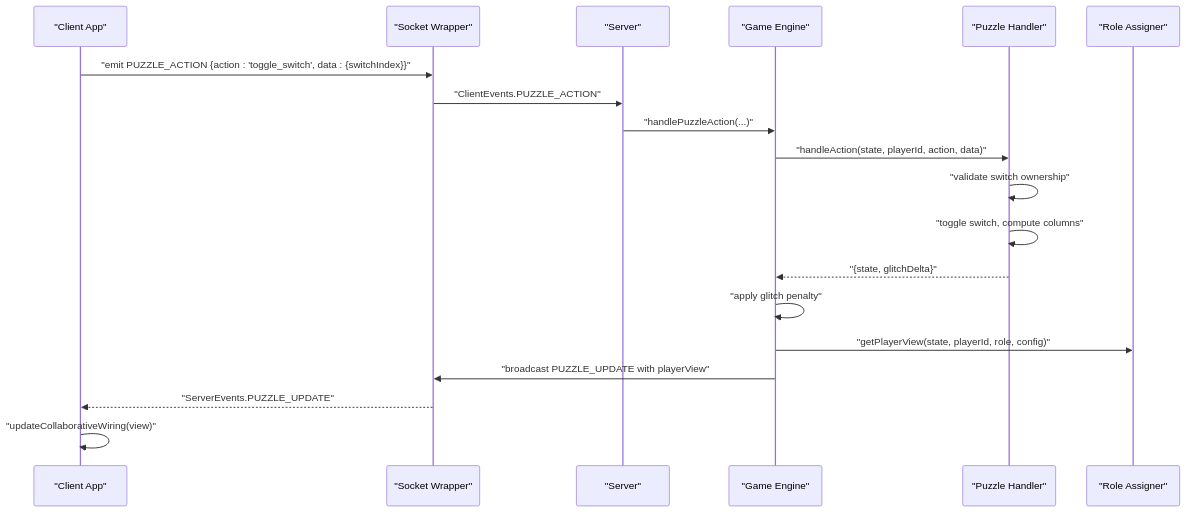
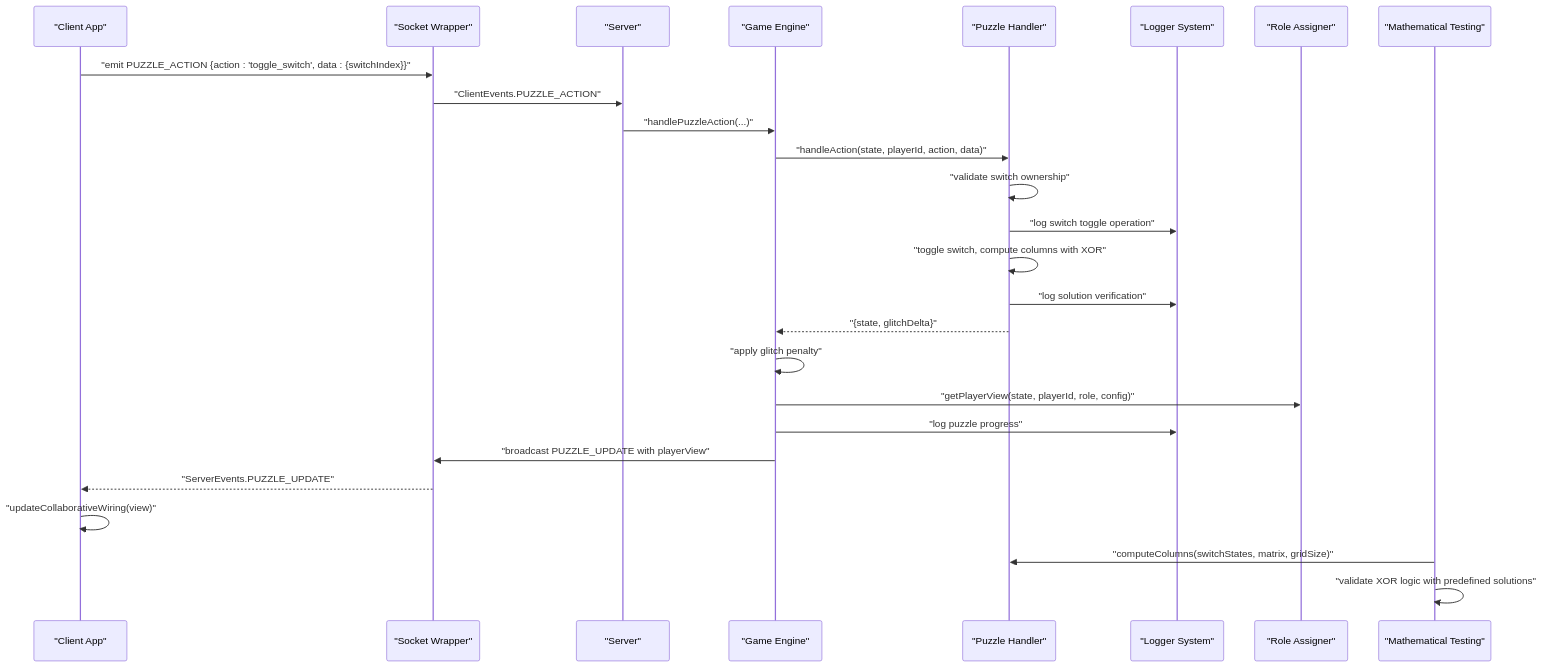
One commit to dkoukoul/escape-room-mvp changed the second of 9 diagrams in .qoder/repowiki/en/content/Puzzle System/Collaborative Wiring Puzzle.md. Above: the diagram before and after it, drawn with Mermaid. The commit also changed other lines of this file and 21 other files, not shown here.

````diff
--- a/.qoder/repowiki/en/content/Puzzle System/Collaborative Wiring Puzzle.md
+++ b/.qoder/repowiki/en/content/Puzzle System/Collaborative Wiring Puzzle.md
@@ -129,21 +169,28 @@
 ```mermaid
 sequenceDiagram
 participant Client as "Client App"
 participant Socket as "Socket Wrapper"
 participant Server as "Server"
 participant Engine as "Game Engine"
 participant Handler as "Puzzle Handler"
+participant Logger as "Logger System"
 participant Roles as "Role Assigner"
+participant Test as "Mathematical Testing"
 Client->>Socket : "emit PUZZLE_ACTION {action : 'toggle_switch', data : {switchIndex}}"
 Socket->>Server : "ClientEvents.PUZZLE_ACTION"
 Server->>Engine : "handlePuzzleAction(...)"
 Engine->>Handler : "handleAction(state, playerId, action, data)"
 Handler->>Handler : "validate switch ownership"
-Handler->>Handler : "toggle switch, compute columns"
+Handler->>Logger : "log switch toggle operation"
+Handler->>Handler : "toggle switch, compute columns with XOR"
+Handler->>Logger : "log solution verification"
 Handler-->>Engine : "{state, glitchDelta}"
 Engine->>Engine : "apply glitch penalty"
 Engine->>Roles : "getPlayerView(state, playerId, role, config)"
+Engine->>Logger : "log puzzle progress"
 Engine->>Socket : "broadcast PUZZLE_UPDATE with playerView"
 Socket-->>Client : "ServerEvents.PUZZLE_UPDATE"
 Client->>Client : "updateCollaborativeWiring(view)"
+Test->>Handler : "computeColumns(switchStates, matrix, gridSize)"
+Test->>Test : "validate XOR logic with predefined solutions"
 ```
````
